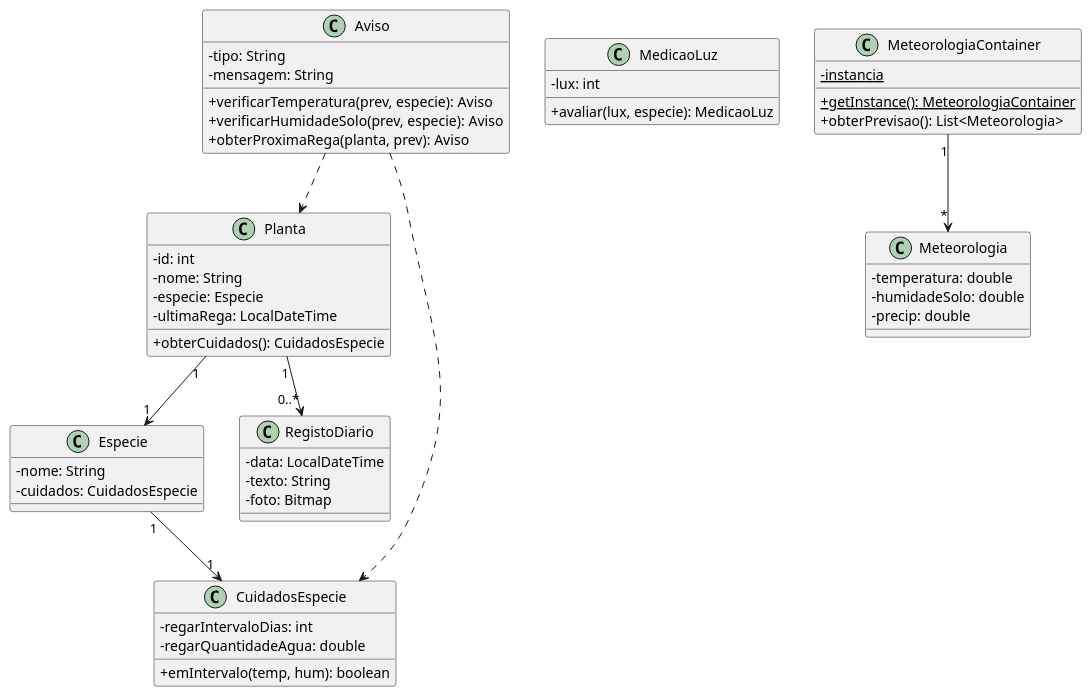
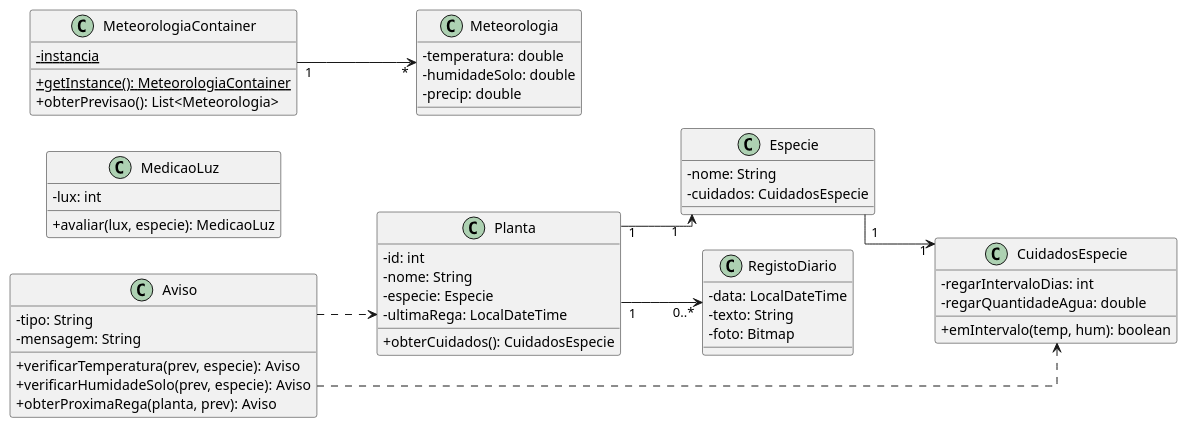
The diagram in .docs/diagramas/design/model_class_diagram.puml (compaqle/DSSMV_ProjectDroid_1251486_1251506), drawn with PlantUML before and after one commit. The commit also changed 21 other files, not shown here.

```diff
--- a/.docs/diagramas/design/model_class_diagram.puml
+++ b/.docs/diagramas/design/model_class_diagram.puml
@@ -1,60 +1,62 @@
 @startuml
 skinparam classAttributeIconSize 0
+skinparam linetype ortho
+left to right direction
 
 class Planta {
   - id: int
   - nome: String
   - especie: Especie
   - ultimaRega: LocalDateTime
   + obterCuidados(): CuidadosEspecie
 }
 
 class Especie {
   - nome: String
   - cuidados: CuidadosEspecie
 }
 
 class CuidadosEspecie {
   - regarIntervaloDias: int
   - regarQuantidadeAgua: double
   + emIntervalo(temp, hum): boolean
 }
 
 class Aviso {
   - tipo: String
   - mensagem: String
   + verificarTemperatura(prev, especie): Aviso
   + verificarHumidadeSolo(prev, especie): Aviso
   + obterProximaRega(planta, prev): Aviso
 }
 
 class MedicaoLuz {
   - lux: int
   + avaliar(lux, especie): MedicaoLuz
 }
 
 class Meteorologia {
   - temperatura: double
   - humidadeSolo: double
   - precip: double
 }
 
 class MeteorologiaContainer {
   - {static} instancia
   + {static} getInstance(): MeteorologiaContainer
   + obterPrevisao(): List<Meteorologia>
 }
 
 class RegistoDiario {
   - data: LocalDateTime
   - texto: String
   - foto: Bitmap
 }
 
 Planta "1" --> "1" Especie
 Especie "1" --> "1" CuidadosEspecie
 Planta "1" --> "0..*" RegistoDiario
 MeteorologiaContainer "1" --> "*" Meteorologia
 Aviso ..> Planta
 Aviso ..> CuidadosEspecie
 @enduml
```
